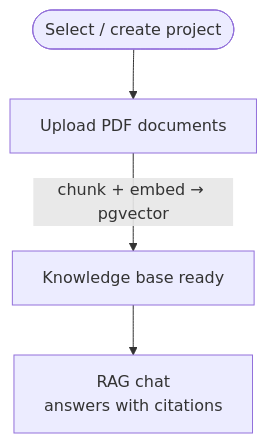
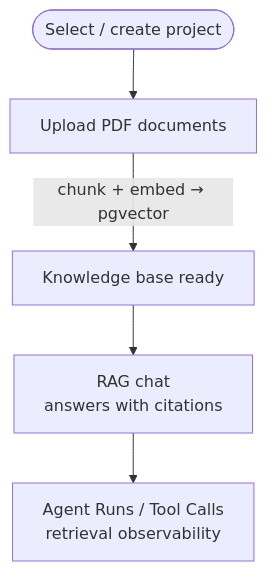
One commit to Jiaaaaaaak/OpsKnowledge-agent-lite changed the diagram in docs/PRD.md. Above: the diagram before and after it, drawn with Mermaid. The commit also changed other lines of this file and 7 other files, not shown here.

````diff
--- a/docs/PRD.md
+++ b/docs/PRD.md
@@ -115,6 +97,7 @@
 ```mermaid
 flowchart TD
     P([Select / create project]) --> UP["Upload PDF documents"]
     UP -->|"chunk + embed → pgvector"| IDX["Knowledge base ready"]
     IDX --> ASK["RAG chat<br/>answers with citations"]
+    ASK --> OBS["Agent Runs / Tool Calls<br/>retrieval observability"]
 ```
````
